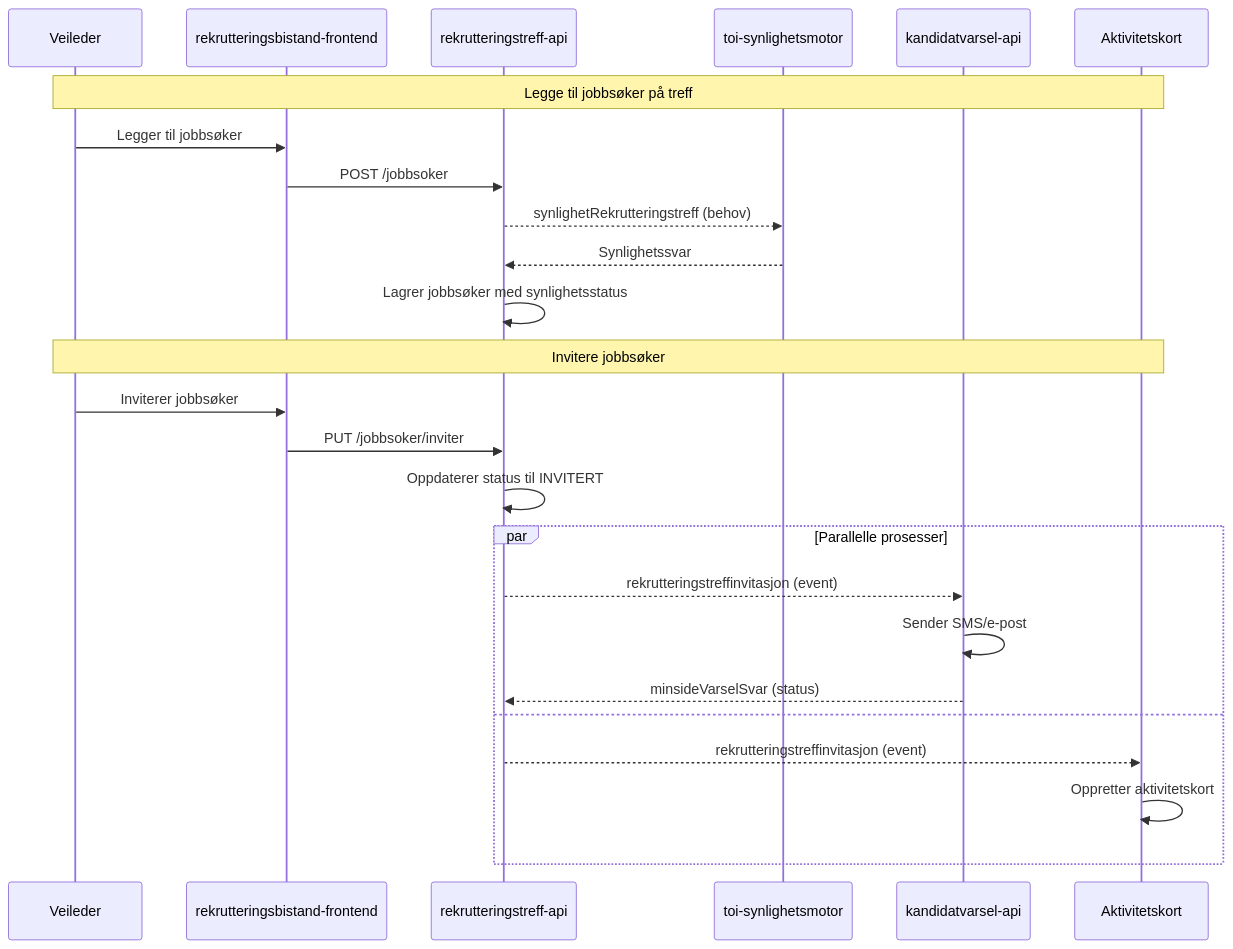
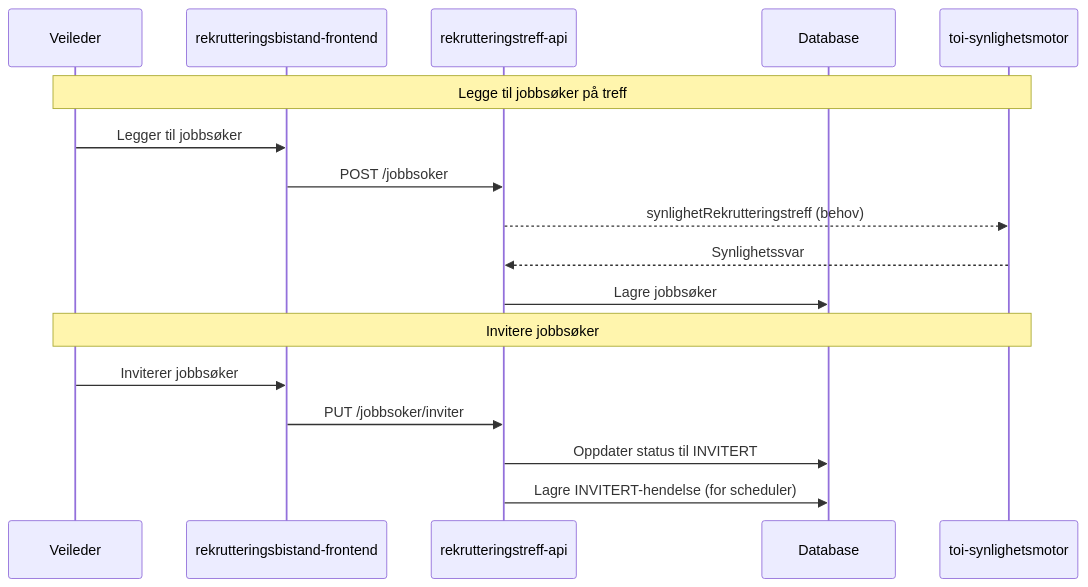
One commit to navikt/rekrutteringstreff-backend changed the first of 3 diagrams in docs/4-integrasjoner/invitasjon.md. Above: the diagram before and after it, drawn with Mermaid. The commit also changed other lines of this file, not shown here.

Commit message:
Rydd opp i diagram fo invitasjon

````diff
--- a/docs/4-integrasjoner/invitasjon.md
+++ b/docs/4-integrasjoner/invitasjon.md
@@ -7,32 +11,21 @@
 ```mermaid
 sequenceDiagram
     participant Veileder
     participant Frontend as rekrutteringsbistand-frontend
     participant API as rekrutteringstreff-api
+    participant DB as Database
     participant Synlighet as toi-synlighetsmotor
-    participant Varsel as kandidatvarsel-api
-    participant Aktivitetskort
 
-    Note over Veileder,Aktivitetskort: Legge til jobbsøker på treff
-
+    Note over Veileder,Synlighet: Legge til jobbsøker på treff
     Veileder->>Frontend: Legger til jobbsøker
     Frontend->>API: POST /jobbsoker
     API-->>Synlighet: synlighetRekrutteringstreff (behov)
     Synlighet-->>API: Synlighetssvar
-    API->>API: Lagrer jobbsøker med synlighetsstatus
+    API->>DB: Lagre jobbsøker
 
-    Note over Veileder,Aktivitetskort: Invitere jobbsøker
-
+    Note over Veileder,Synlighet: Invitere jobbsøker
     Veileder->>Frontend: Inviterer jobbsøker
     Frontend->>API: PUT /jobbsoker/inviter
-    API->>API: Oppdaterer status til INVITERT
-
-    par Parallelle prosesser
-        API-->>Varsel: rekrutteringstreffinvitasjon (event)
-        Varsel->>Varsel: Sender SMS/e-post
-        Varsel-->>API: minsideVarselSvar (status)
-    and
-        API-->>Aktivitetskort: rekrutteringstreffinvitasjon (event)
-        Aktivitetskort->>Aktivitetskort: Oppretter aktivitetskort
-    end
+    API->>DB: Oppdater status til INVITERT
+    API->>DB: Lagre INVITERT-hendelse (for scheduler)
 ```
````
